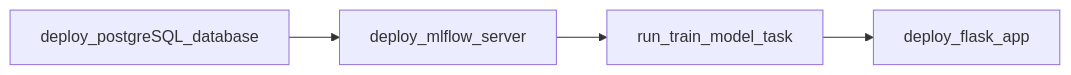
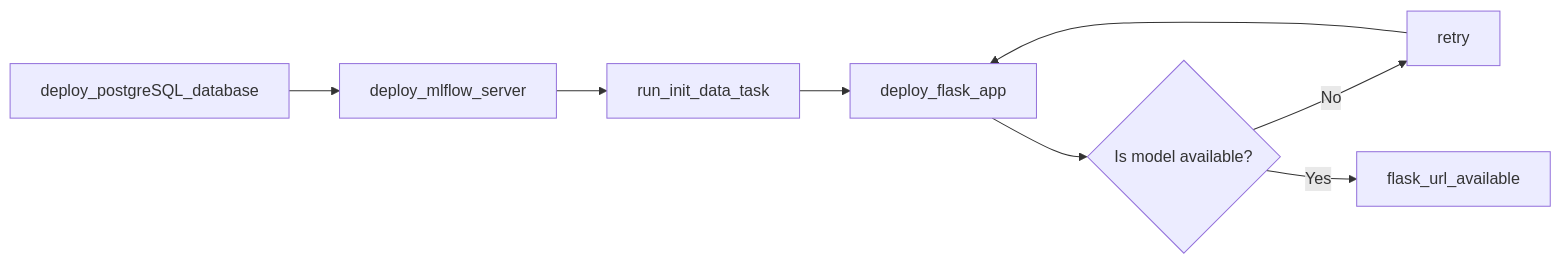
Before and after one commit to nedwebster/bechdel-test-predictor: the diagram in docs/system_architecture.md, drawn with Mermaid. The commit also changed other lines of this file and 32 other files, not shown here.

````diff
--- a/docs/system_architecture.md
+++ b/docs/system_architecture.md
@@ -15,6 +15,10 @@
 ```mermaid
 flowchart LR
     deploy_postgreSQL_database --> deploy_mlflow_server
-    deploy_mlflow_server --> run_train_model_task
-    run_train_model_task --> deploy_flask_app
+    deploy_mlflow_server --> run_init_data_task
+    run_init_data_task --> deploy_flask_app
+    deploy_flask_app --> D1{Is model available?}
+    D1 -->|No|retry
+    retry --> deploy_flask_app
+    D1 --> |Yes| flask_url_available
 ```
````
